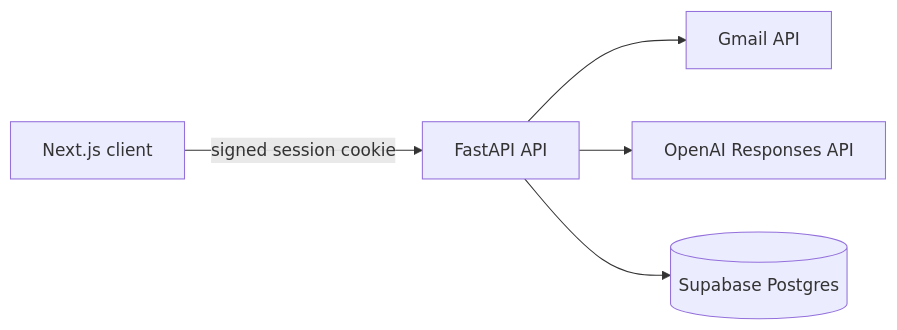
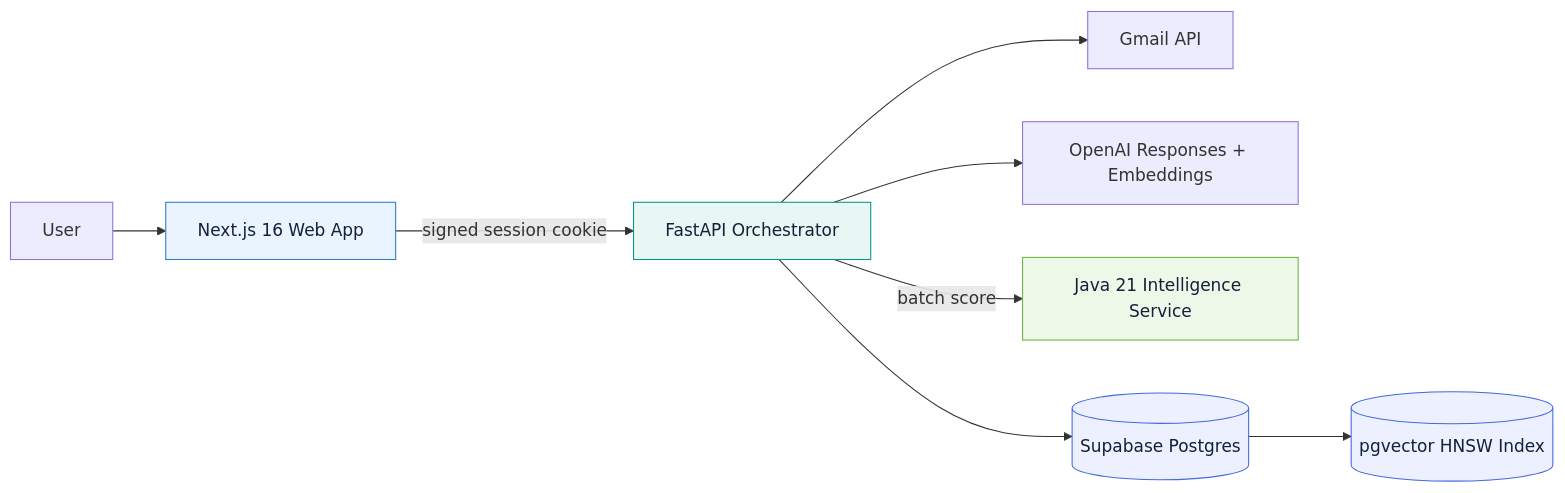
One commit to jeshwanthanthony/mailpilot-ai changed the first of 2 diagrams in README.md. Above: the diagram before and after it, drawn with Mermaid. The commit also changed other lines of this file and 44 other files, not shown here.

Commit message:
Add polyglot RAG platform architecture

````diff
--- a/README.md
+++ b/README.md
@@ -22,7 +40,19 @@
 ```mermaid
 flowchart LR
-    Browser[Next.js client] -->|signed session cookie| API[FastAPI API]
-    API --> Gmail[Gmail API]
-    API --> OpenAI[OpenAI Responses API]
-    API --> Supabase[(Supabase Postgres)]
+    U[User] --> W[Next.js 16 Web App]
+    W -->|signed session cookie| A[FastAPI Orchestrator]
+    A --> G[Gmail API]
+    A --> O[OpenAI Responses + Embeddings]
+    A -->|batch score| J[Java 21 Intelligence Service]
+    A --> S[(Supabase Postgres)]
+    S --> V[(pgvector HNSW Index)]
+
+    classDef ui fill:#eaf4ff,stroke:#3178c6,color:#132238
+    classDef api fill:#e8f7f3,stroke:#009688,color:#132238
+    classDef java fill:#eef8e8,stroke:#6db33f,color:#132238
+    classDef data fill:#edf0ff,stroke:#4169e1,color:#132238
+    class W ui
+    class A api
+    class J java
+    class S,V data
 ```
````
